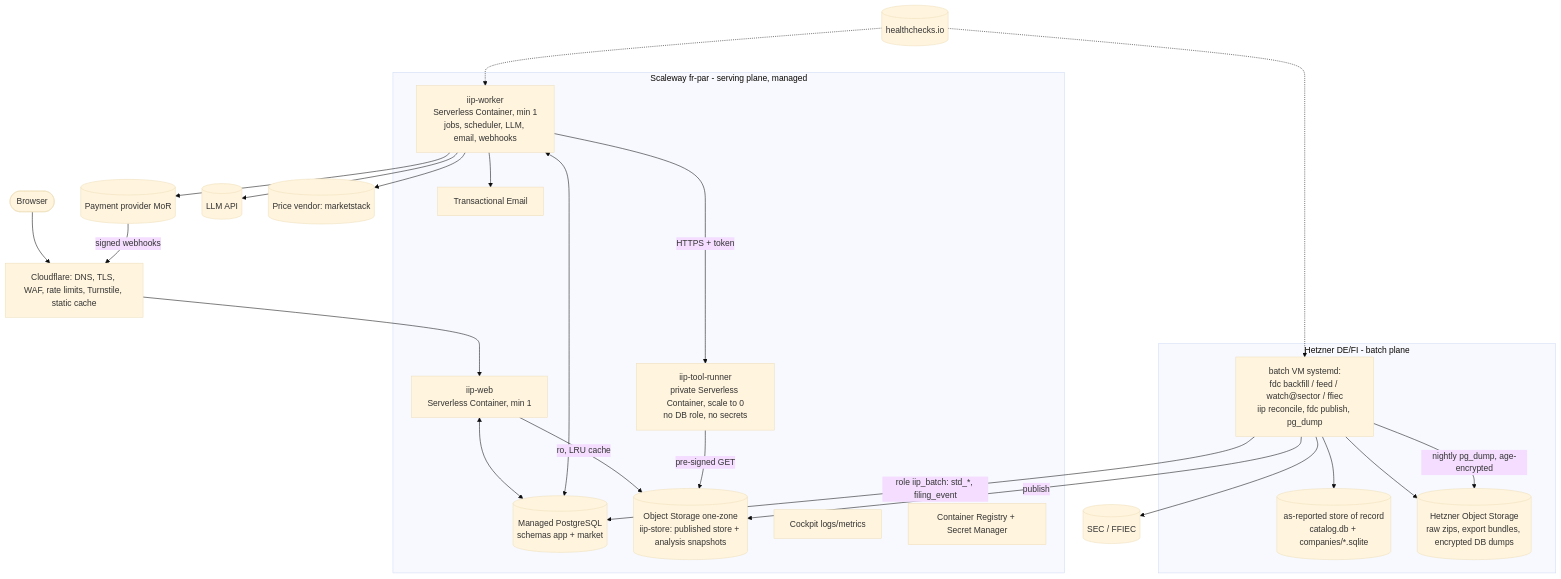
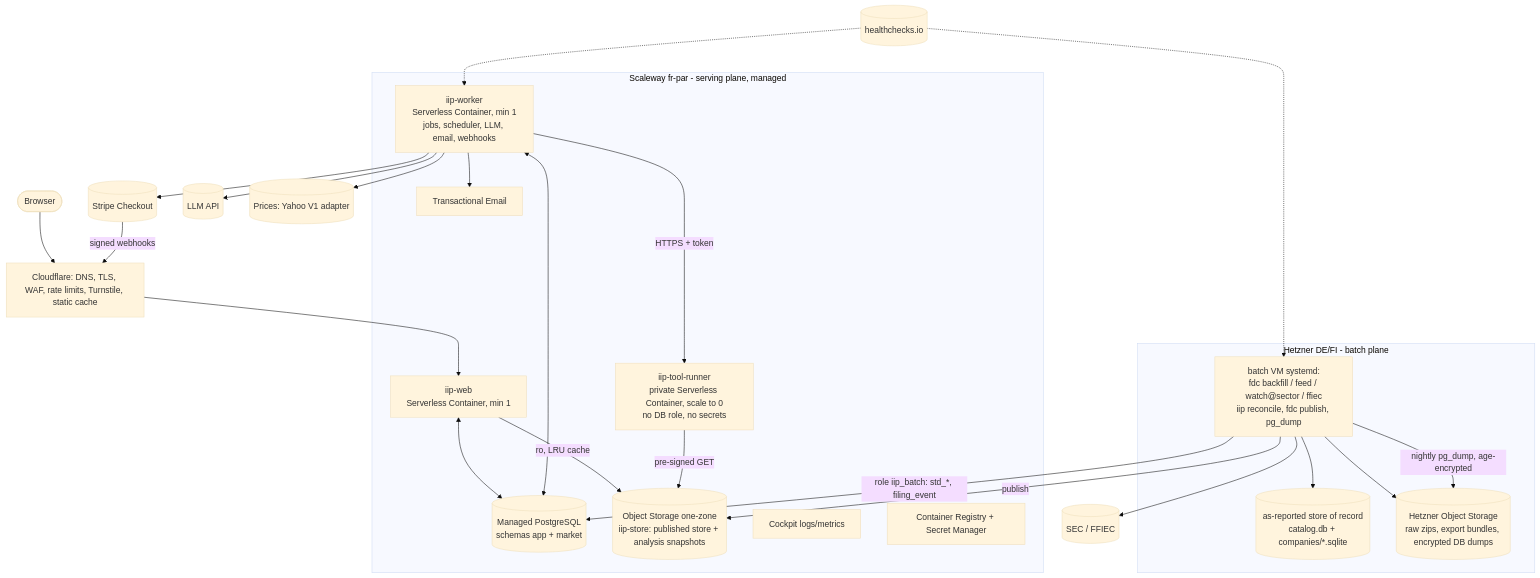
Before and after one commit to dsastriques/intelligent_investor_social: the diagram in docs/architecture/03-deployment.md, drawn with Mermaid (base theme). The commit also changed other lines of this file and 10 other files, not shown here.

First line of the commit message:
docs(architecture): system design v0.3 - owner decisions on hosting, prices, payments

````diff
--- a/docs/architecture/03-deployment.md
+++ b/docs/architecture/03-deployment.md
@@ -11,38 +11,38 @@
 ```mermaid
 flowchart TB
   user([Browser]) --> cf[Cloudflare: DNS, TLS, WAF, rate limits, Turnstile, static cache]
   subgraph SCW[Scaleway fr-par - serving plane, managed]
     web[iip-web<br/>Serverless Container, min 1]
     worker[iip-worker<br/>Serverless Container, min 1<br/>jobs, scheduler, LLM, email, webhooks]
     runner[iip-tool-runner<br/>private Serverless Container, scale to 0<br/>no DB role, no secrets]
     pg[(Managed PostgreSQL<br/>schemas app + market)]
     os1[(Object Storage one-zone<br/>iip-store: published store + analysis snapshots)]
     tem[Transactional Email]
     cockpit[Cockpit logs/metrics]
     reg[Container Registry + Secret Manager]
   end
   subgraph HZ[Hetzner DE/FI - batch plane]
     box[batch VM systemd:<br/>fdc backfill / feed / watch@sector / ffiec<br/>iip reconcile, fdc publish, pg_dump]
     store[(as-reported store of record<br/>catalog.db + companies/*.sqlite)]
     os2[(Hetzner Object Storage<br/>raw zips, export bundles, encrypted DB dumps)]
   end
   cf --> web
   web <--> pg
   web -->|ro, LRU cache| os1
   worker <--> pg
   worker -->|HTTPS + token| runner
   runner -->|pre-signed GET| os1
   worker --> tem
   worker --> llm[(LLM API)]
-  worker --> pv[(Price vendor: marketstack)]
-  worker --> pay[(Payment provider MoR)]
+  worker --> pv[(Prices: Yahoo V1 adapter)]
+  worker --> pay[(Stripe Checkout)]
   pay -->|signed webhooks| cf
   box --> store
   box -->|publish| os1
   box -->|role iip_batch: std_*, filing_event| pg
   box --> os2
   box -->|nightly pg_dump, age-encrypted| os2
   box --> sec[(SEC / FFIEC)]
   hc[(healthchecks.io)] -.-> box
   hc -.-> worker
 ```
````
